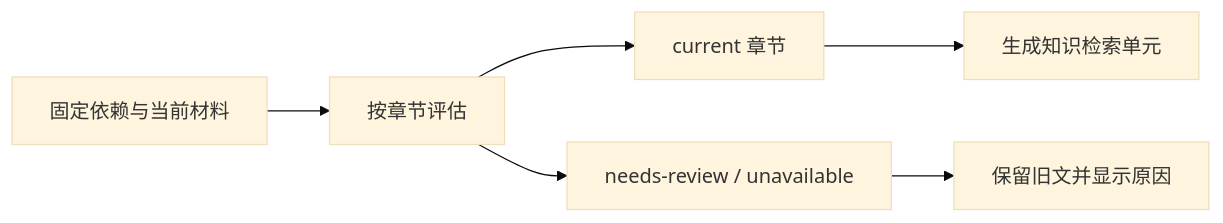
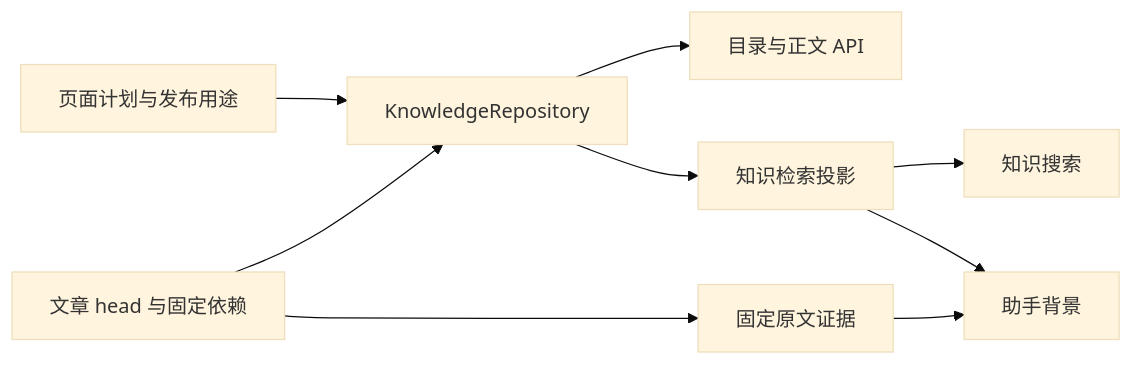
The diagram in .repo-review/knowledge/articles/08debc9dce56ab4b9a9c94566ff90c5d9660bd199684c1a371e5cf691502dbae.md (lejunyang/omem), drawn with Mermaid (base theme) before and after one commit. The commit also changed other lines of this file and 11 other files, not shown here.

Commit message:
docs: refresh reader guides with current maintenance and retrieval flow

````diff
--- a/.repo-review/knowledge/articles/08debc9dce56ab4b9a9c94566ff90c5d9660bd199684c1a371e5cf691502dbae.md
+++ b/.repo-review/knowledge/articles/08debc9dce56ab4b9a9c94566ff90c5d9660bd199684c1a371e5cf691502dbae.md
@@ -44,8 +53,11 @@
 ```mermaid
 flowchart LR
-  A[固定依赖与当前材料] --> B[按章节评估]
-  B --> C[current 章节]
-  B --> D[needs-review / unavailable]
-  C --> E[生成知识检索单元]
-  D --> F[保留旧文并显示原因]
+  P[页面计划与发布用途] --> R[KnowledgeRepository]
+  H[文章 head 与固定依赖] --> R
+  R --> A[目录与正文 API]
+  R --> I[知识检索投影]
+  I --> S[知识搜索]
+  I --> X[助手背景]
+  H --> E[固定原文证据]
+  E --> X
 ```
````
